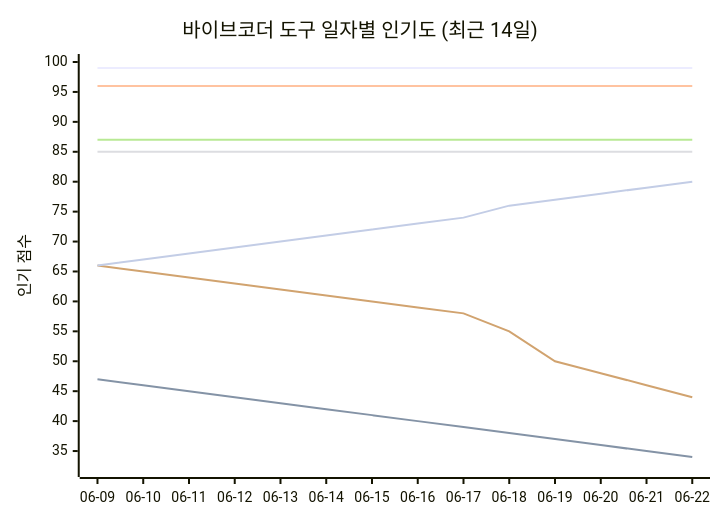
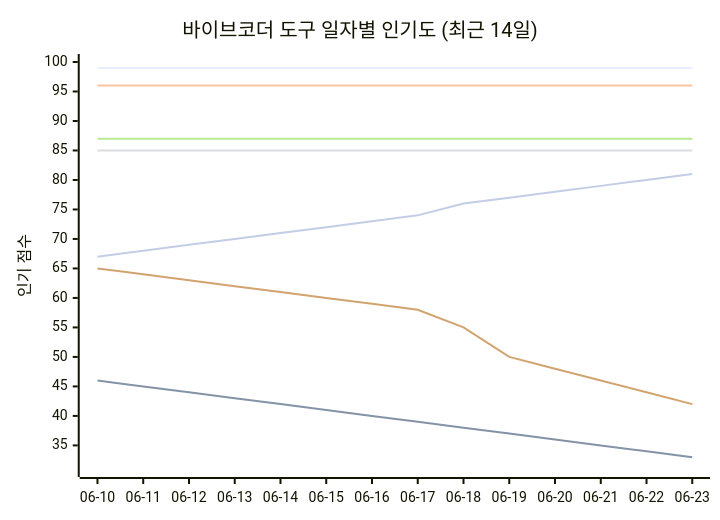
The seventh of 11 diagrams in README_ko.md (tykimos/ai-whatchelin), drawn with Mermaid before and after one commit. The commit also changed other lines of this file and 4 other files, not shown here.

````diff
--- a/README_ko.md
+++ b/README_ko.md
@@ -1669,13 +1676,13 @@
 ```mermaid
 xychart-beta
     title "바이브코더 도구 일자별 인기도 (최근 14일)"
-    x-axis ["06-09", "06-10", "06-11", "06-12", "06-13", "06-14", "06-15", "06-16", "06-17", "06-18", "06-19", "06-20", "06-21", "06-22"]
-    y-axis "인기 점수" 32 --> 100
+    x-axis ["06-10", "06-11", "06-12", "06-13", "06-14", "06-15", "06-16", "06-17", "06-18", "06-19", "06-20", "06-21", "06-22", "06-23"]
+    y-axis "인기 점수" 31 --> 100
     line "Claude Code" [99, 99, 99, 99, 99, 99, 99, 99, 99, 99, 99, 99, 99, 99]
-    line "GH Copilot" [47, 46, 45, 44, 43, 42, 41, 40, 39, 38, 37, 36, 35, 34]
+    line "GH Copilot" [46, 45, 44, 43, 42, 41, 40, 39, 38, 37, 36, 35, 34, 33]
     line "Cursor" [96, 96, 96, 96, 96, 96, 96, 96, 96, 96, 96, 96, 96, 96]
     line "Windsurf" [85, 85, 85, 85, 85, 85, 85, 85, 85, 85, 85, 85, 85, 85]
     line "Codex CLI" [87, 87, 87, 87, 87, 87, 87, 87, 87, 87, 87, 87, 87, 87]
-    line "Gemini CLI" [66, 65, 64, 63, 62, 61, 60, 59, 58, 55, 50, 48, 46, 44]
-    line "Antigravity" [66, 67, 68, 69, 70, 71, 72, 73, 74, 76, 77, 78, 79, 80]
+    line "Gemini CLI" [65, 64, 63, 62, 61, 60, 59, 58, 55, 50, 48, 46, 44, 42]
+    line "Antigravity" [67, 68, 69, 70, 71, 72, 73, 74, 76, 77, 78, 79, 80, 81]
 ```
````
